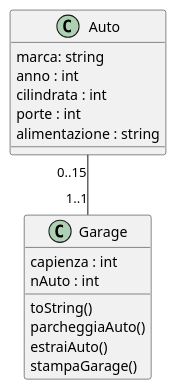
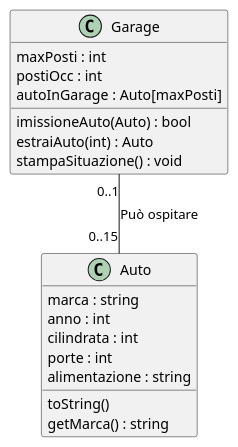
One commit to isissmorciano/2223_4M changed the diagram in Esercizi UML/Esercizio 005/005_garageUML.iuml. Above: the diagram before and after it, drawn with PlantUML.

```diff
--- a/Esercizi UML/Esercizio 005/005_garageUML.iuml
+++ b/Esercizi UML/Esercizio 005/005_garageUML.iuml
@@ -1,22 +1,25 @@
 @startuml
 
-class Auto {
-marca: string 
-anno : int
-cilindrata : int 
-porte : int 
-alimentazione : string 
+class Garage{
+  maxPosti : int
+  postiOcc : int
+  autoInGarage : Auto[maxPosti]
+  imissioneAuto(Auto) : bool
+  estraiAuto(int) : Auto
+  stampaSituazione() : void
 }
 
-class Garage {
-capienza : int
-nAuto : int
-toString()
-parcheggiaAuto()
-estraiAuto()
-stampaGarage()
+
+class Auto{
+  marca : string
+  anno : int
+  cilindrata : int
+  porte : int
+  alimentazione : string
+  toString()
+  getMarca() : string
 }
 
-Auto "0..15" -- "1..1" Garage
+Garage "0..1"--"0..15" Auto : Può ospitare
 
 @enduml
```
